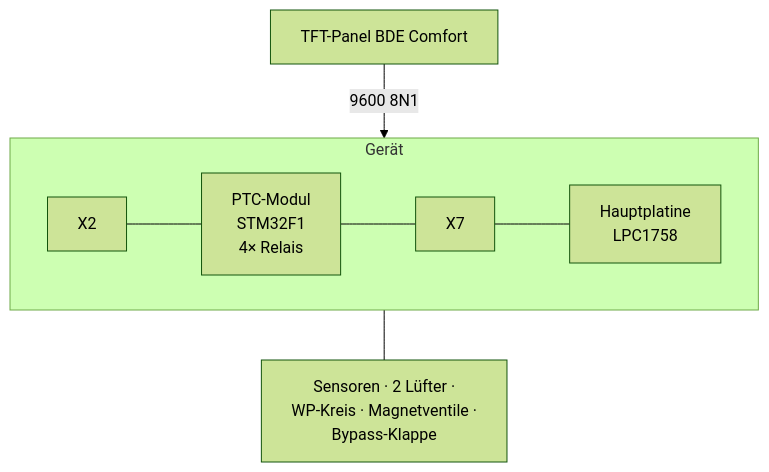
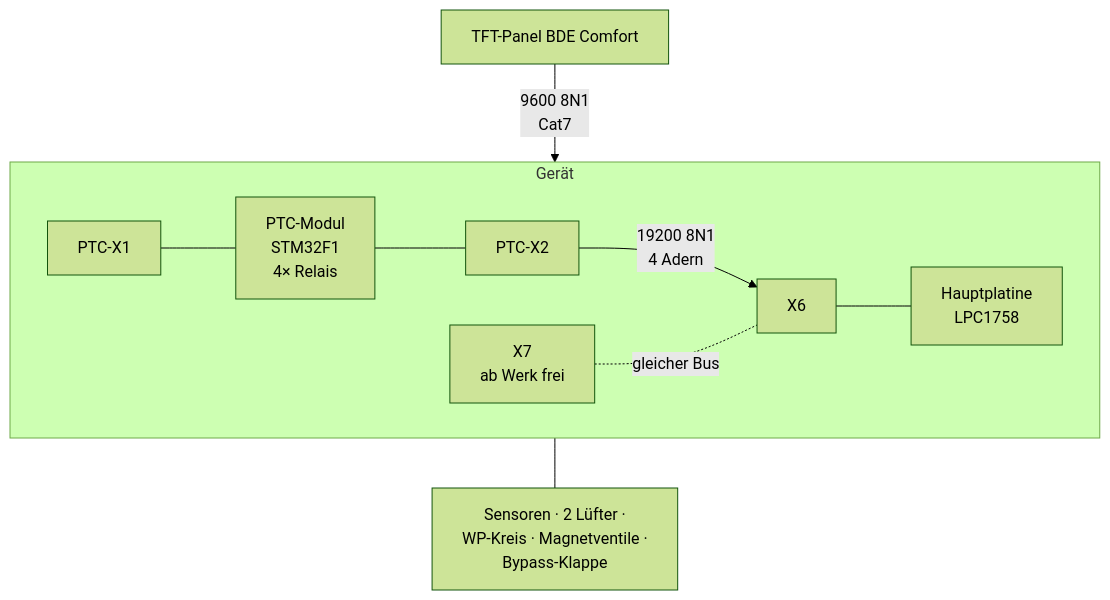
The diagram in docs/anlage.md (markusmauch/proxon-hesp), drawn with Mermaid (forest theme) before and after one commit. The commit also changed other lines of this file and 6 other files, not shown here.

First line of the commit message:
Anlage: Kabelweg korrigiert (BDE an PTC-X1, PTC-X2 an X6, X7 ab Werk frei), Messanleitung und Fotos

````diff
--- a/docs/anlage.md
+++ b/docs/anlage.md
@@ -27,11 +32,13 @@
 ```mermaid
 flowchart TB
     subgraph Gerät
         direction LR
-        X2["X2"] --- STM["PTC-Modul<br/>STM32F1<br/>4× Relais"]
-        STM --- X7["X7"]
-        X7 --- LPC["Hauptplatine<br/>LPC1758"]
+        X1["PTC-X1"] --- STM["PTC-Modul<br/>STM32F1<br/>4× Relais"]
+        STM --- PX2["PTC-X2"]
+        PX2 -->|"19200 8N1<br/>4 Adern"| X6["X6"]
+        X6 --- LPC["Hauptplatine<br/>LPC1758"]
+        X7["X7<br/>ab Werk frei"] -. gleicher Bus .- X6
     end
-    BDE["TFT-Panel BDE Comfort"] -->|9600 8N1| X2
+    BDE["TFT-Panel BDE Comfort"] -->|"9600 8N1<br/>Cat7"| X1
     LPC --- IO["Sensoren · 2 Lüfter ·<br/>WP-Kreis · Magnetventile ·<br/>Bypass-Klappe"]
 ```
````
